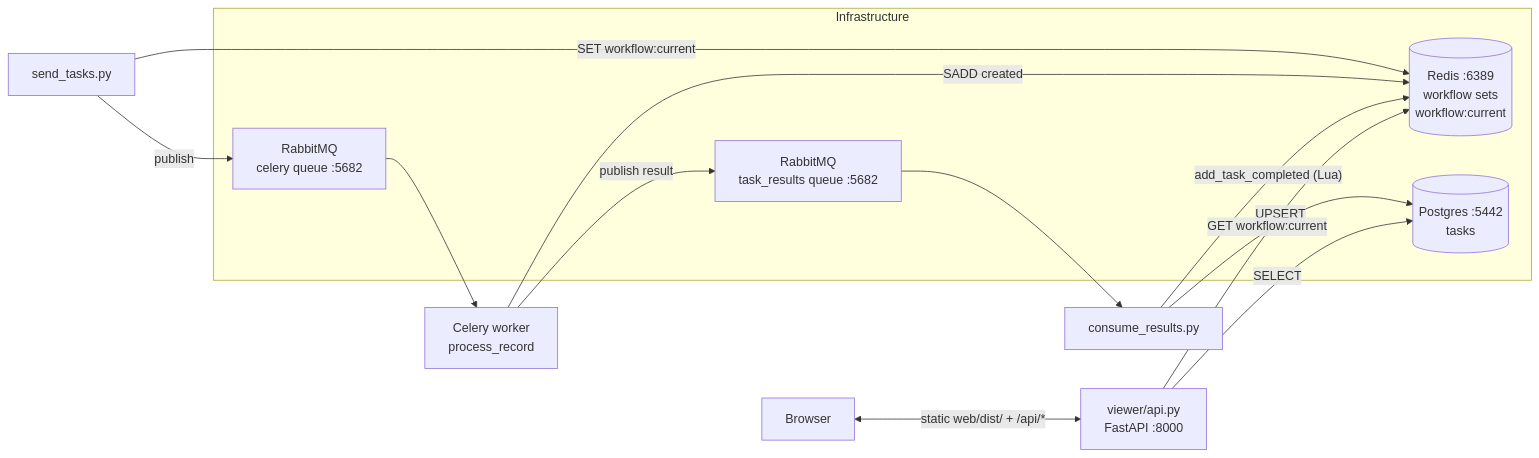
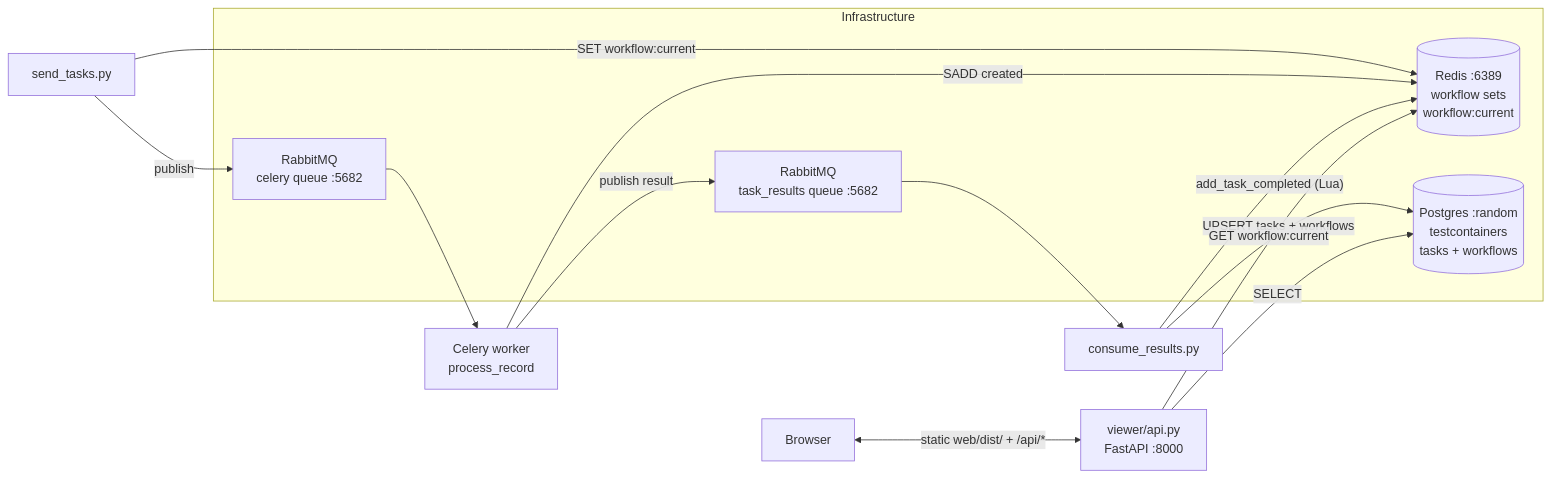
The diagram in README.md (Canaparro/celery-captures-finished-poc), drawn with Mermaid before and after one commit. The commit also changed other lines of this file and 9 other files, not shown here.

````diff
--- a/README.md
+++ b/README.md
@@ -7,27 +7,27 @@
 ```mermaid
 flowchart LR
     send[send_tasks.py]
     worker[Celery worker<br/>process_record]
     consumer[consume_results.py]
     api[viewer/api.py<br/>FastAPI :8000]
     browser[Browser]
 
     subgraph infra[Infrastructure]
         rmq_celery[RabbitMQ<br/>celery queue :5682]
         rmq_results[RabbitMQ<br/>task_results queue :5682]
         redis[(Redis :6389<br/>workflow sets<br/>workflow:current)]
-        pg[(Postgres :5442<br/>tasks)]
+        pg[(Postgres :random<br/>testcontainers<br/>tasks + workflows)]
     end
 
     send -- publish --> rmq_celery
     send -- SET workflow:current --> redis
     rmq_celery --> worker
     worker -- SADD created --> redis
     worker -- publish result --> rmq_results
     rmq_results --> consumer
-    consumer -- UPSERT --> pg
+    consumer -- "UPSERT tasks + workflows" --> pg
     consumer -- add_task_completed (Lua) --> redis
     api -- SELECT --> pg
     api -- GET workflow:current --> redis
     browser <-- "static web/dist/ + /api/*" --> api
 ```
````
